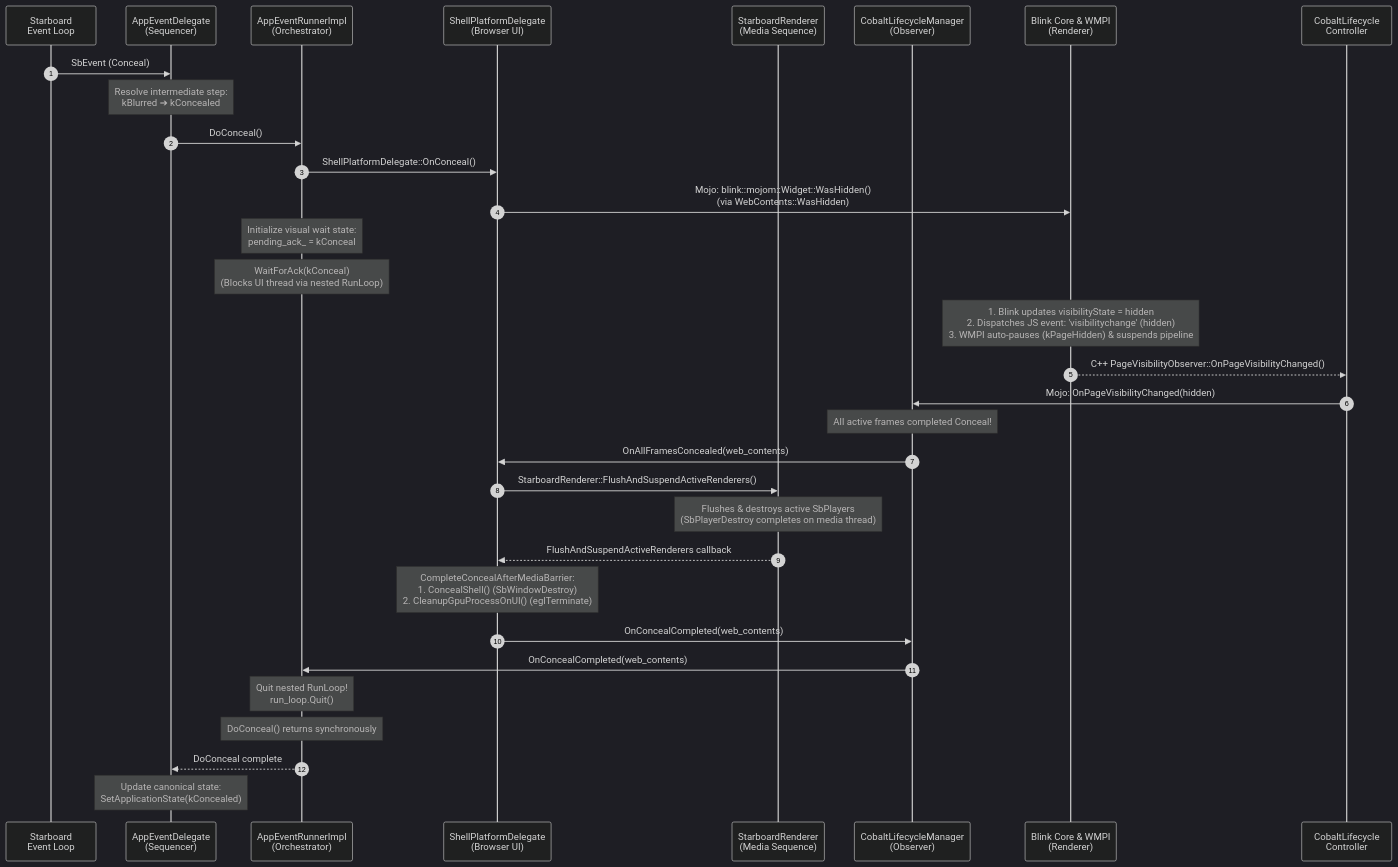
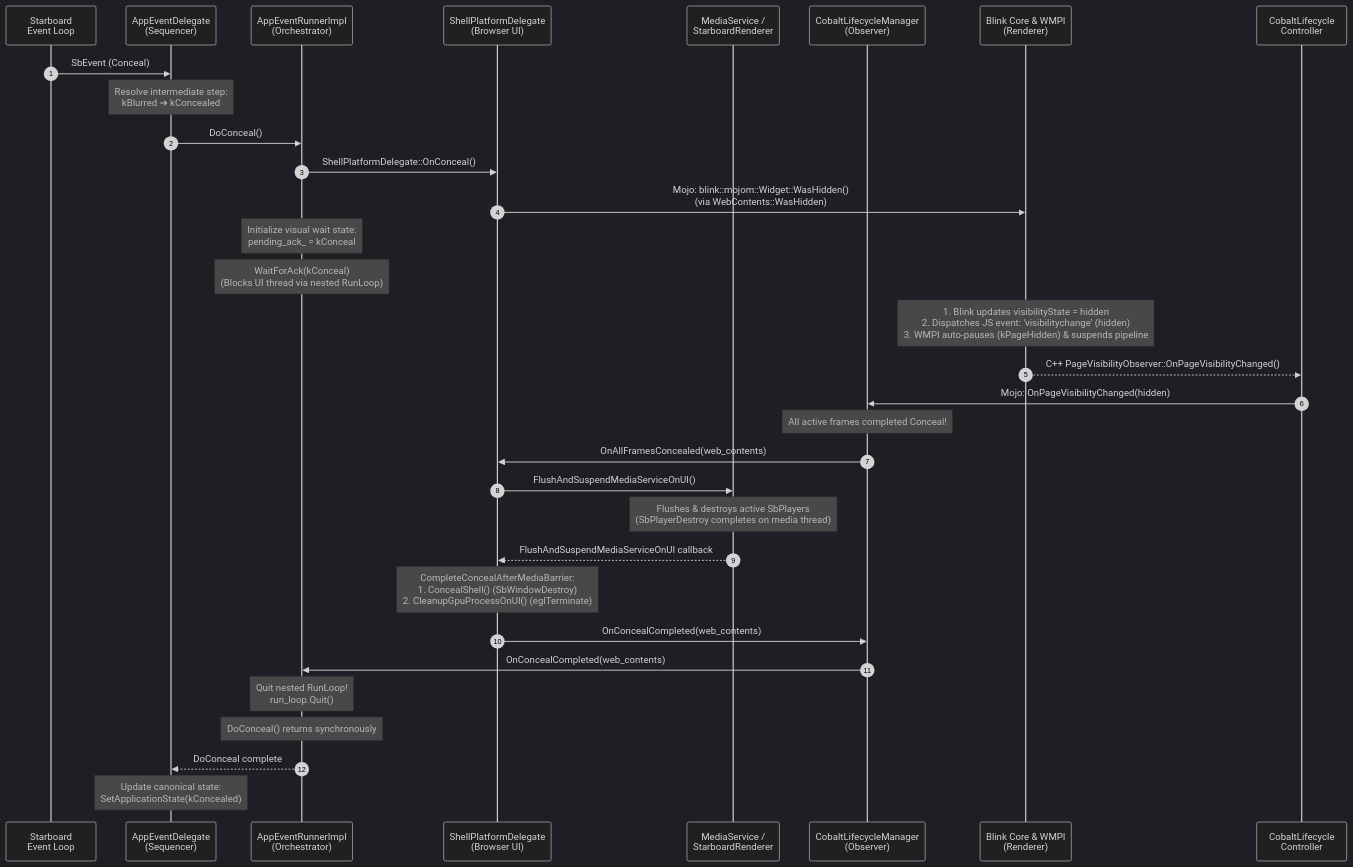
The third of 14 diagrams in cobalt/doc/lifecycle_internals.md (youtube/cobalt), drawn with Mermaid (dark theme) before and after one commit. The commit also changed other lines of this file and 16 other files, not shown here.

````diff
--- a/cobalt/doc/lifecycle_internals.md
+++ b/cobalt/doc/lifecycle_internals.md
@@ -153,36 +153,36 @@
 ```mermaid
 sequenceDiagram
   autonumber
   participant OS as Starboard <br/> Event Loop
   participant Delegate as AppEventDelegate <br/> (Sequencer)
   participant Runner as AppEventRunnerImpl <br/> (Orchestrator)
   participant Shell as ShellPlatformDelegate <br/> (Browser UI)
-  participant Media as StarboardRenderer <br/> (Media Sequence)
+  participant Media as MediaService / <br/> StarboardRenderer
   participant Manager as CobaltLifecycleManager <br/> (Observer)
   participant Blink as Blink Core & WMPI <br/> (Renderer)
   participant Controller as CobaltLifecycle <br/> Controller
 
   OS->>Delegate: SbEvent (Conceal)
   Note over Delegate: Resolve intermediate step:<br/>kBlurred ➔ kConcealed
   Delegate->>Runner: DoConceal()
   Runner->>Shell: ShellPlatformDelegate::OnConceal()
   Shell->>Blink: Mojo: blink::mojom::Widget::WasHidden() <br/> (via WebContents::WasHidden)
   Note over Runner: Initialize visual wait state:<br/>pending_ack_ = kConceal
   Note over Runner: WaitForAck(kConceal)<br/>(Blocks UI thread via nested RunLoop)
 
   Note over Blink: 1. Blink updates visibilityState = hidden<br/>2. Dispatches JS event: 'visibilitychange' (hidden)<br/>3. WMPI auto-pauses (kPageHidden) & suspends pipeline
   Blink-->>Controller: C++ PageVisibilityObserver::OnPageVisibilityChanged()
   Controller->>Manager: Mojo: OnPageVisibilityChanged(hidden)
   Note over Manager: All active frames completed Conceal!
   Manager->>Shell: OnAllFramesConcealed(web_contents)
-  Shell->>Media: StarboardRenderer::FlushAndSuspendActiveRenderers()
+  Shell->>Media: FlushAndSuspendMediaServiceOnUI()
   Note over Media: Flushes & destroys active SbPlayers<br/>(SbPlayerDestroy completes on media thread)
-  Media-->>Shell: FlushAndSuspendActiveRenderers callback
+  Media-->>Shell: FlushAndSuspendMediaServiceOnUI callback
   Note over Shell: CompleteConcealAfterMediaBarrier:<br/>1. ConcealShell() (SbWindowDestroy)<br/>2. CleanupGpuProcessOnUI() (eglTerminate)
   Shell->>Manager: OnConcealCompleted(web_contents)
   Manager->>Runner: OnConcealCompleted(web_contents)
   Note over Runner: Quit nested RunLoop!<br/>run_loop.Quit()
   Note over Runner: DoConceal() returns synchronously
   Runner-->>Delegate: DoConceal complete
   Note over Delegate: Update canonical state:<br/>SetApplicationState(kConcealed)
 ```
````
